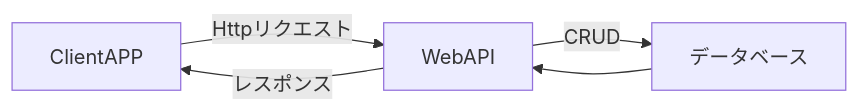
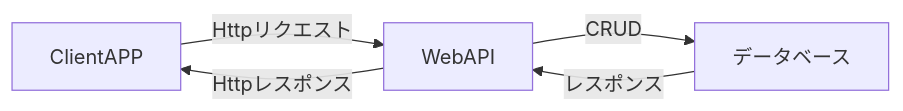
Before and after one commit to hidekazunasu/attendance-management: the first of 4 diagrams in README.md, drawn with Mermaid. The commit also changed other lines of this file and 1 other file, not shown here.

Commit message:
add sequenceDiagram in README.md

````diff
--- a/README.md
+++ b/README.md
@@ -9,9 +9,9 @@
 ```mermaid
 flowchart LR
 ClientAPP -->|Httpリクエスト| WebAPI
-WebAPI -->|レスポンス| ClientAPP
-データベース --> WebAPI
+WebAPI -->|Httpレスポンス| ClientAPP
+データベース -->|レスポンス| WebAPI
 WebAPI -->|CRUD| データベース
 
 
 ```
````
